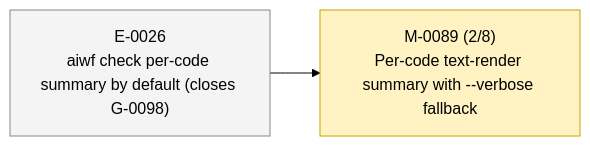
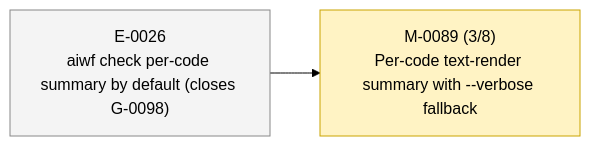
One commit to 23min/aiwf changed the second of 2 diagrams in STATUS.md. Above: the diagram before and after it, drawn with Mermaid (forest theme). The commit also changed other lines of this file and 1 other file, not shown here.

````diff
--- a/STATUS.md
+++ b/STATUS.md
@@ -51,12 +51,12 @@
 ```mermaid
 flowchart LR
   E_0026["E-0026<br/>aiwf check per-code summary by default (closes G-0098)"]:::epic_proposed
-  M_0089["M-0089 (2/8)<br/>Per-code text-render summary with --verbose fallback"]:::ms_in_progress
+  M_0089["M-0089 (3/8)<br/>Per-code text-render summary with --verbose fallback"]:::ms_in_progress
   E_0026 --> M_0089
   classDef epic_active fill:#d6eaff,stroke:#1a73e8,color:#000
   classDef epic_proposed fill:#f4f4f4,stroke:#888,color:#000
   classDef ms_done fill:#d8f5d8,stroke:#2a8a2a,color:#000
   classDef ms_in_progress fill:#fff3c4,stroke:#caa400,color:#000
   classDef ms_draft fill:#f4f4f4,stroke:#888,color:#000
   classDef ms_cancelled fill:#fbeaea,stroke:#c33,color:#000
 ```
````
